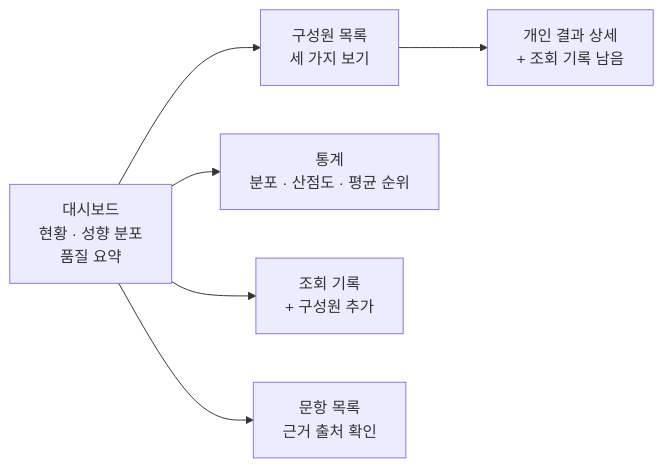
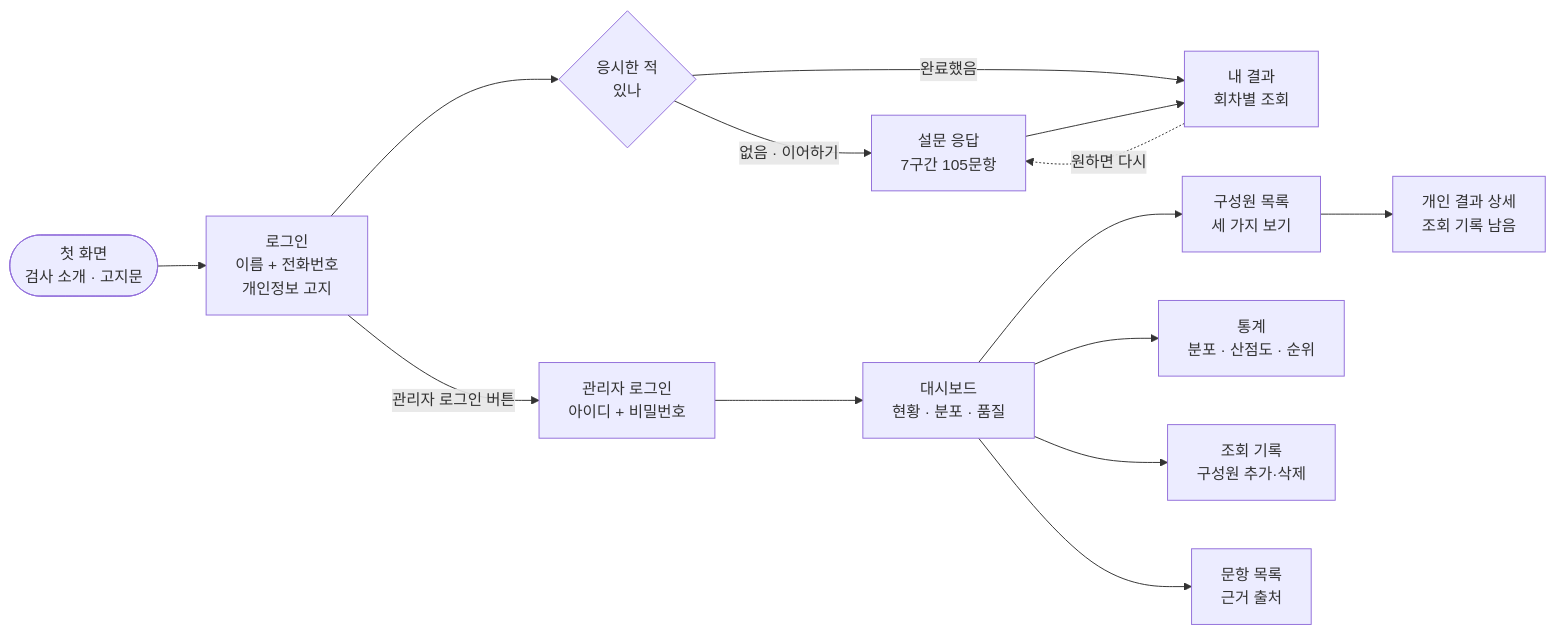
The second of 6 diagrams in docs/05_시스템_보고서.md (Kodol05/survey-design-docs), drawn with Mermaid before and after one commit. The commit also changed other lines of this file and 2 other files, not shown here.

First line of the commit message:
사원·관리자 화면 흐름도 통합 + 관리자 진입을 로그인 화면 버튼으로

````diff
--- a/docs/05_시스템_보고서.md
+++ b/docs/05_시스템_보고서.md
@@ -146,8 +127,18 @@
 ```mermaid
 flowchart LR
-  dash["대시보드<br/>현황 · 성향 분포<br/>품질 요약"] --> list["구성원 목록<br/>세 가지 보기"]
-  list --> detail["개인 결과 상세<br/>+ 조회 기록 남음"]
-  dash --> stats["통계<br/>분포 · 산점도 · 평균 순위"]
-  dash --> audit["조회 기록<br/>+ 구성원 추가"]
-  dash --> items["문항 목록<br/>근거 출처 확인"]
+  home(["첫 화면<br/>검사 소개 · 고지문"]) --> login["로그인<br/>이름 + 전화번호<br/>개인정보 고지"]
+  login -->|"관리자 로그인 버튼"| alogin["관리자 로그인<br/>아이디 + 비밀번호"]
+
+  login --> check{"응시한 적<br/>있나"}
+  check -->|"없음 · 이어하기"| test["설문 응답<br/>7구간 105문항"]
+  check -->|"완료했음"| result["내 결과<br/>회차별 조회"]
+  test --> result
+  result -.->|"원하면 다시"| test
+
+  alogin --> dash["대시보드<br/>현황 · 분포 · 품질"]
+  dash --> list["구성원 목록<br/>세 가지 보기"]
+  list --> detail["개인 결과 상세<br/>조회 기록 남음"]
+  dash --> stats["통계<br/>분포 · 산점도 · 순위"]
+  dash --> audit["조회 기록<br/>구성원 추가·삭제"]
+  dash --> items["문항 목록<br/>근거 출처"]
 ```
````
